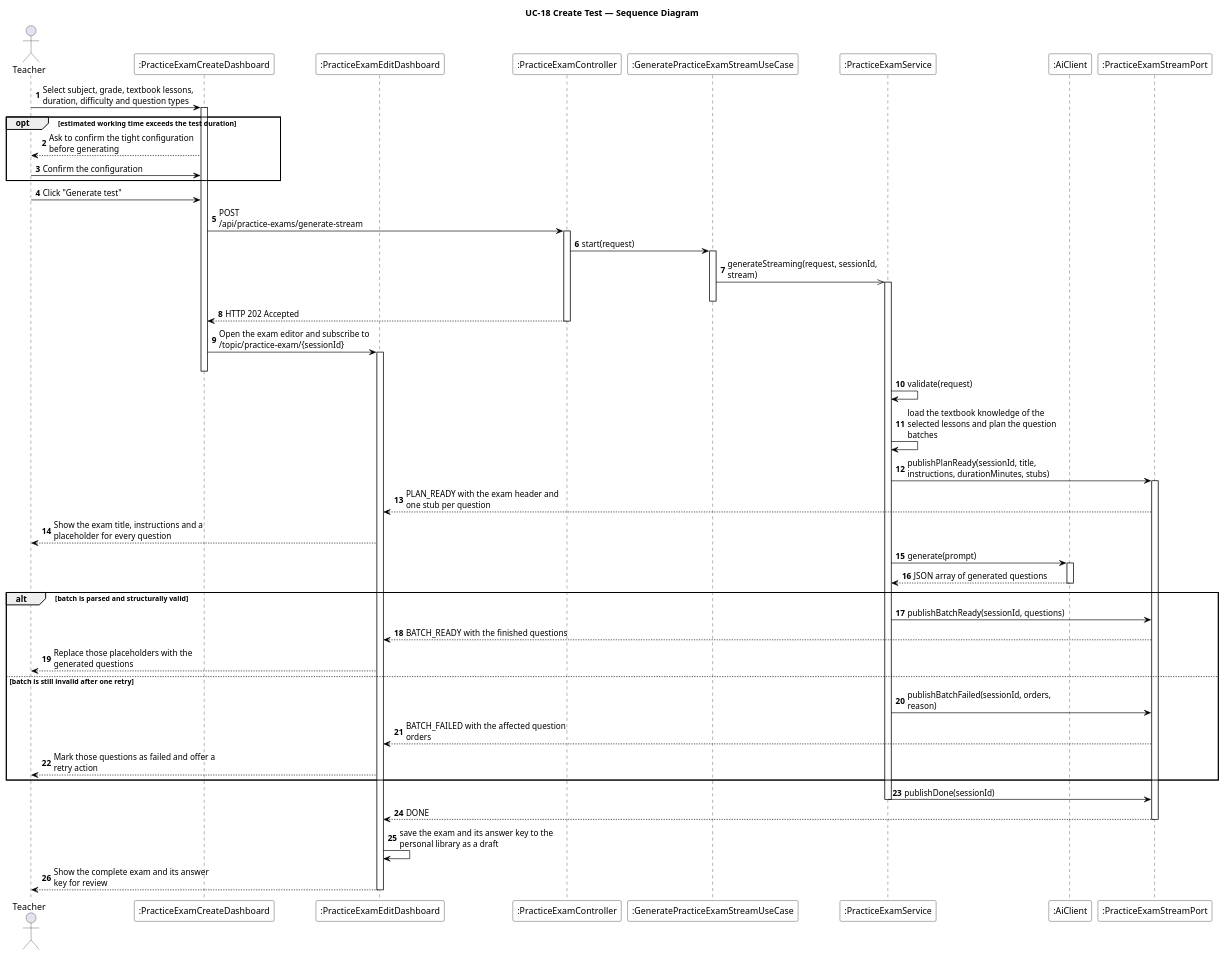
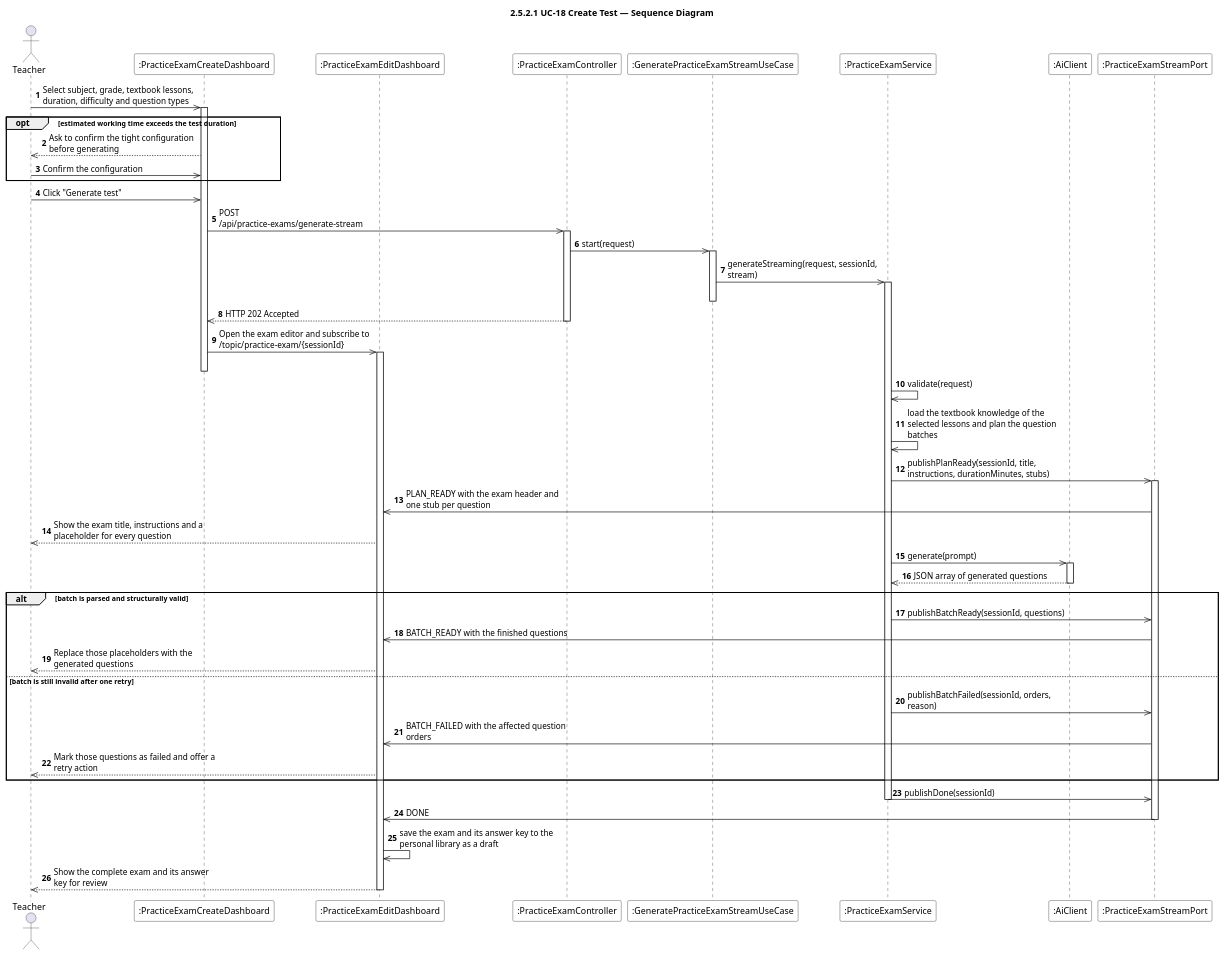
The diagram in designs/sds-diagrams/uc18/uc18_sequence.puml (EduA-system/EduA-system), drawn with PlantUML before and after one commit. The commit also changed 585 other files, not shown here.

Commit message:
hình sequence diagram mới

```diff
--- a/designs/sds-diagrams/uc18/uc18_sequence.puml
+++ b/designs/sds-diagrams/uc18/uc18_sequence.puml
@@ -1,75 +1,75 @@
 @startuml UC-18 Create Test - Sequence Diagram
 skinparam defaultFontName "Segoe UI"
 skinparam shadowing false
 skinparam ParticipantBackgroundColor #FFFFFF
 skinparam ParticipantBorderColor #000000
 skinparam DatabaseBackgroundColor #FFFFFF
 skinparam DatabaseBorderColor #000000
 skinparam ArrowColor #000000
 skinparam sequenceMessageAlign left
 skinparam maxMessageSize 260
-title UC-18 Create Test — Sequence Diagram
+title 2.5.2.1 UC-18 Create Test — Sequence Diagram
 
 actor Teacher
 participant ":PracticeExamCreateDashboard" as CFG
 participant ":PracticeExamEditDashboard" as EDT
 participant ":PracticeExamController" as CTL
 participant ":GeneratePracticeExamStreamUseCase" as KICK
 participant ":PracticeExamService" as SVC
 participant ":AiClient" as AI
 participant ":PracticeExamStreamPort" as STREAM
 
 autonumber
-Teacher -> CFG : Select subject, grade, textbook lessons, duration, difficulty and question types
+Teacher ->> CFG : Select subject, grade, textbook lessons, duration, difficulty and question types
 activate CFG
 
 opt estimated working time exceeds the test duration
-  CFG --> Teacher : Ask to confirm the tight configuration before generating
-  Teacher -> CFG : Confirm the configuration
+  CFG -->> Teacher : Ask to confirm the tight configuration before generating
+  Teacher ->> CFG : Confirm the configuration
 end
 
-Teacher -> CFG : Click "Generate test"
-CFG -> CTL : POST /api/practice-exams/generate-stream
+Teacher ->> CFG : Click "Generate test"
+CFG ->> CTL : POST /api/practice-exams/generate-stream
 activate CTL
-CTL -> KICK : start(request)
+CTL ->> KICK : start(request)
 activate KICK
 KICK ->> SVC : generateStreaming(request, sessionId, stream)
 activate SVC
 deactivate KICK
-CTL --> CFG : HTTP 202 Accepted
+CTL -->> CFG : HTTP 202 Accepted
 deactivate CTL
-CFG -> EDT : Open the exam editor and subscribe to /topic/practice-exam/{sessionId}
+CFG ->> EDT : Open the exam editor and subscribe to /topic/practice-exam/{sessionId}
 activate EDT
 deactivate CFG
 
-SVC -> SVC : validate(request)
-SVC -> SVC : load the textbook knowledge of the selected lessons and plan the question batches
-SVC -> STREAM : publishPlanReady(sessionId, title, instructions, durationMinutes, stubs)
+SVC ->> SVC : validate(request)
+SVC ->> SVC : load the textbook knowledge of the selected lessons and plan the question batches
+SVC ->> STREAM : publishPlanReady(sessionId, title, instructions, durationMinutes, stubs)
 activate STREAM
-STREAM --> EDT : PLAN_READY with the exam header and one stub per question
-EDT --> Teacher : Show the exam title, instructions and a placeholder for every question
+STREAM ->> EDT : PLAN_READY with the exam header and one stub per question
+EDT -->> Teacher : Show the exam title, instructions and a placeholder for every question
 
-SVC -> AI : generate(prompt)
+SVC ->> AI : generate(prompt)
 activate AI
-AI --> SVC : JSON array of generated questions
+AI -->> SVC : JSON array of generated questions
 deactivate AI
 
 alt batch is parsed and structurally valid
-  SVC -> STREAM : publishBatchReady(sessionId, questions)
-  STREAM --> EDT : BATCH_READY with the finished questions
-  EDT --> Teacher : Replace those placeholders with the generated questions
+  SVC ->> STREAM : publishBatchReady(sessionId, questions)
+  STREAM ->> EDT : BATCH_READY with the finished questions
+  EDT -->> Teacher : Replace those placeholders with the generated questions
 
 else batch is still invalid after one retry
-  SVC -> STREAM : publishBatchFailed(sessionId, orders, reason)
-  STREAM --> EDT : BATCH_FAILED with the affected question orders
-  EDT --> Teacher : Mark those questions as failed and offer a retry action
+  SVC ->> STREAM : publishBatchFailed(sessionId, orders, reason)
+  STREAM ->> EDT : BATCH_FAILED with the affected question orders
+  EDT -->> Teacher : Mark those questions as failed and offer a retry action
 end
 
-SVC -> STREAM : publishDone(sessionId)
+SVC ->> STREAM : publishDone(sessionId)
 deactivate SVC
-STREAM --> EDT : DONE
+STREAM ->> EDT : DONE
 deactivate STREAM
-EDT -> EDT : save the exam and its answer key to the personal library as a draft
-EDT --> Teacher : Show the complete exam and its answer key for review
+EDT ->> EDT : save the exam and its answer key to the personal library as a draft
+EDT -->> Teacher : Show the complete exam and its answer key for review
 deactivate EDT
 @enduml
```
